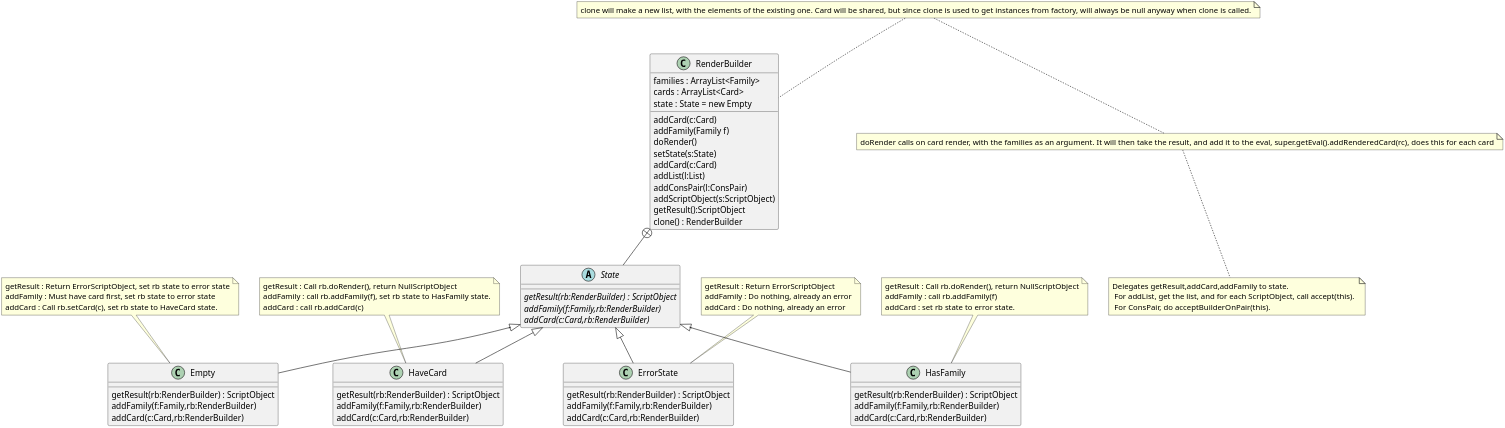
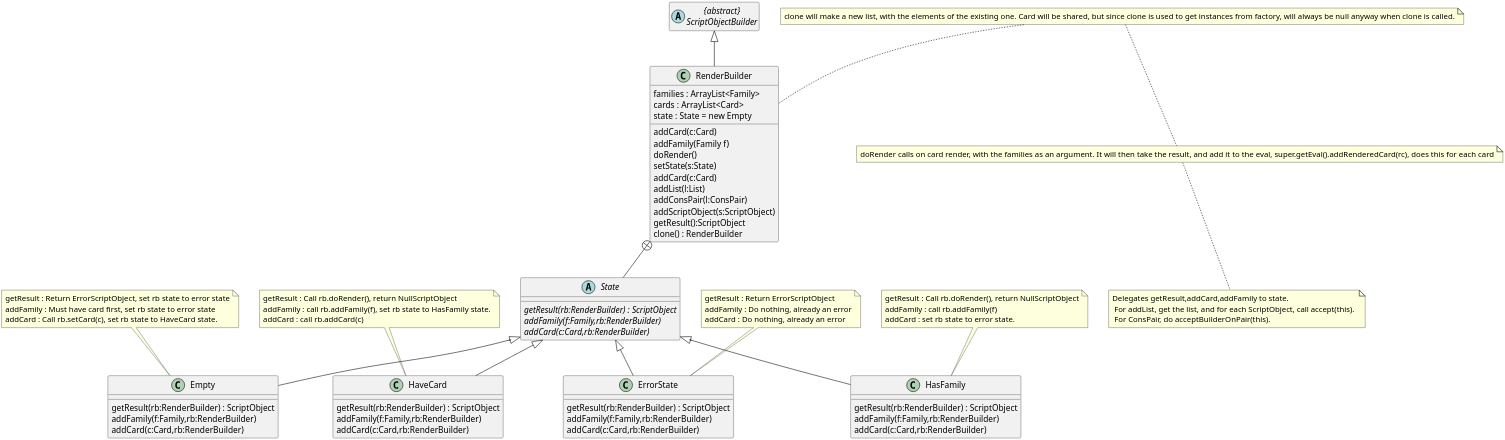
One commit to MatthewBregg/DesignPatternsRepo changed the diagram in Builder/RenderBuilder.org. Above: the diagram before and after it, drawn with PlantUML. The commit also changed 51 other files, not shown here.

Commit message:
Made all builder sub umls show the inheritence from ScriptObjectBuilder

```diff
--- a/Builder/RenderBuilder.org
+++ b/Builder/RenderBuilder.org
@@ -1,5 +1,9 @@
 #+BEGIN_SRC plantuml :file RenderBuilder.png
 skinparam dpi 300
+
+abstract class ScriptObjectBuilder as "{abstract}\nScriptObjectBuilder"
+hide ScriptObjectBuilder methods
+hide ScriptObjectBuilder members
 
 class RenderBuilder
 
@@ -20,6 +24,8 @@
 note bottom : doRender calls on card render, with the families as an argument. It will then take the result, and add it to the eval, super.getEval().addRenderedCard(rc), does this for each card
 
 note bottom : Delegates getResult,addCard,addFamily to state. \n For addList, get the list, and for each ScriptObject, call accept(this). \n For ConsPair, do acceptBuilderOnPair(this).
+
+ScriptObjectBuilder <|-- RenderBuilder
 
 RenderBuilder +-- State
 
```
